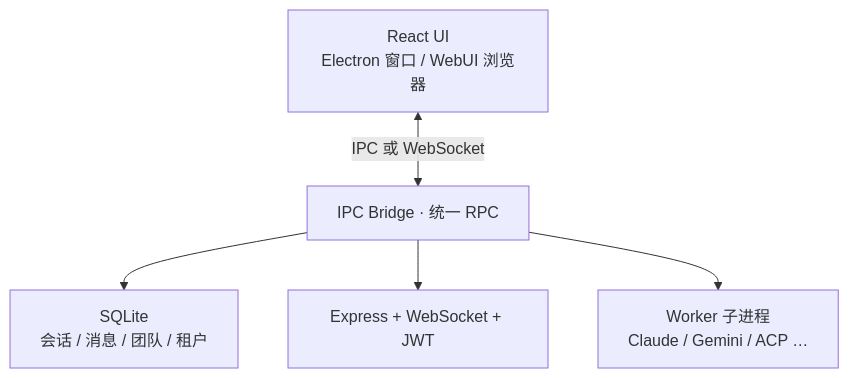
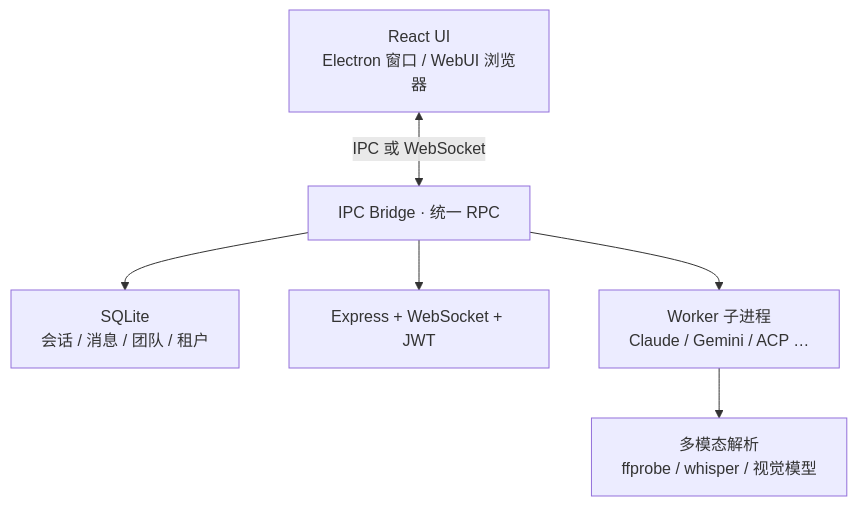
One commit to gaogg521/1ONE-ClaudeCode changed the third of 3 diagrams in readme.md. Above: the diagram before and after it, drawn with Mermaid. The commit also changed other lines of this file, not shown here.

First line of the commit message:
docs(readme): 突出多模态能力 + 新增截图 + 更新链接

````diff
--- a/readme.md
+++ b/readme.md
@@ -321,11 +374,13 @@
 ```mermaid
 flowchart TB
   UI["React UI<br/>Electron 窗口 / WebUI 浏览器"]
   Bridge["IPC Bridge · 统一 RPC"]
   DB["SQLite<br/>会话 / 消息 / 团队 / 租户"]
   WS["Express + WebSocket + JWT"]
   Workers["Worker 子进程<br/>Claude / Gemini / ACP …"]
+  Media["多模态解析<br/>ffprobe / whisper / 视觉模型"]
 
   UI <-->|IPC 或 WebSocket| Bridge
   Bridge --> DB & WS & Workers
+  Workers --> Media
 ```
````
